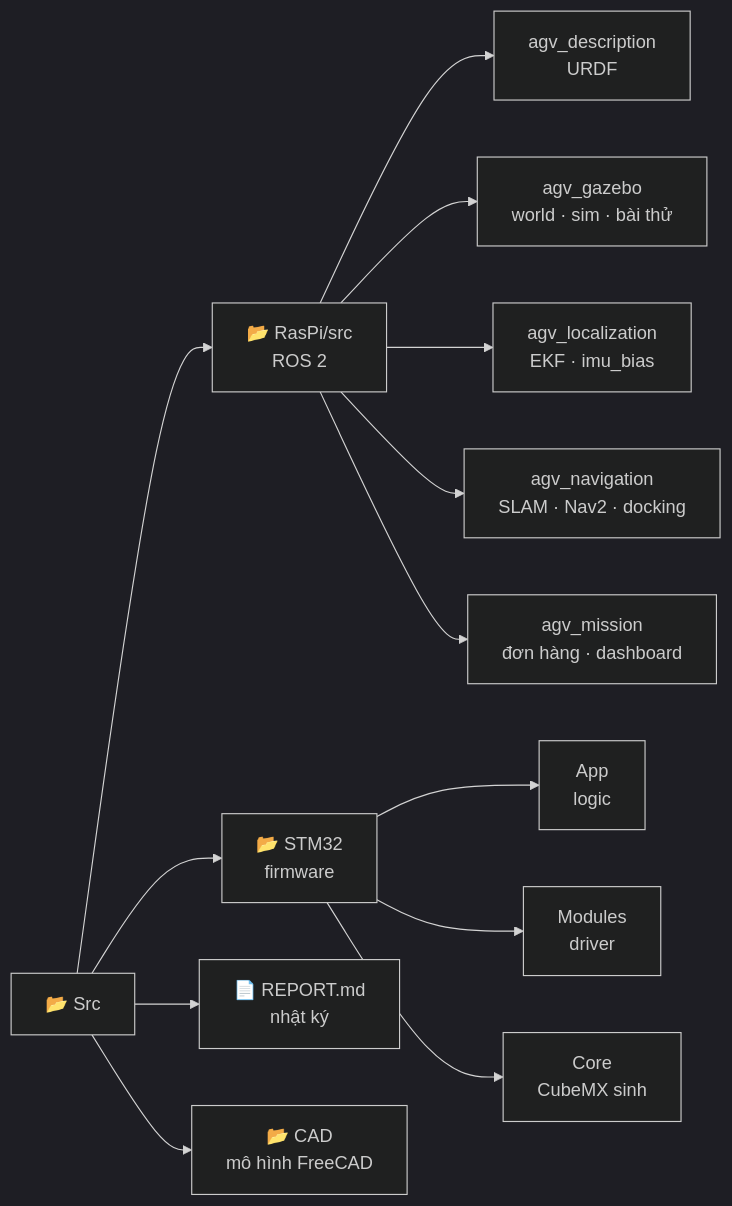
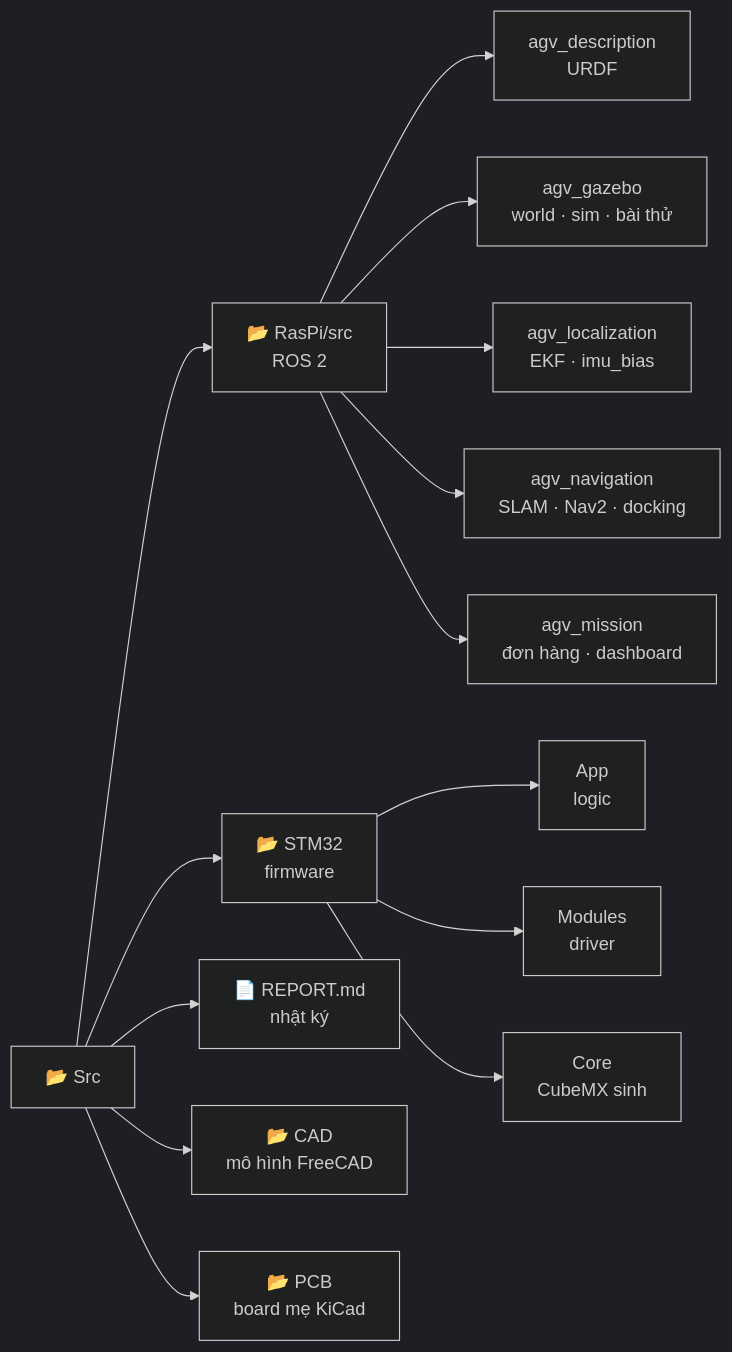
Before and after one commit to VQ-Vinh/DA2-Robot-AGV: the eighth of 8 diagrams in README.md, drawn with Mermaid (dark theme). The commit also changed other lines of this file, not shown here.

First line of the commit message:
docs(readme): update hardware, timeline and repo structure after CAD and PCB work

````diff
--- a/README.md
+++ b/README.md
@@ -207,15 +211,16 @@
 ```mermaid
 flowchart LR
     R["📂 Src"] --> RP["📂 RasPi/src<br/>ROS 2"]
     R --> ST["📂 STM32<br/>firmware"]
     R --> RE["📄 REPORT.md<br/>nhật ký"]
     R --> CA["📂 CAD<br/>mô hình FreeCAD"]
+    R --> PC["📂 PCB<br/>board mẹ KiCad"]
     RP --> D["agv_description<br/>URDF"]
     RP --> G["agv_gazebo<br/>world · sim · bài thử"]
     RP --> L["agv_localization<br/>EKF · imu_bias"]
     RP --> NV["agv_navigation<br/>SLAM · Nav2 · docking"]
     RP --> M["agv_mission<br/>đơn hàng · dashboard"]
     ST --> APP["App<br/>logic"]
     ST --> MOD["Modules<br/>driver"]
     ST --> CORE["Core<br/>CubeMX sinh"]
 ```
````
